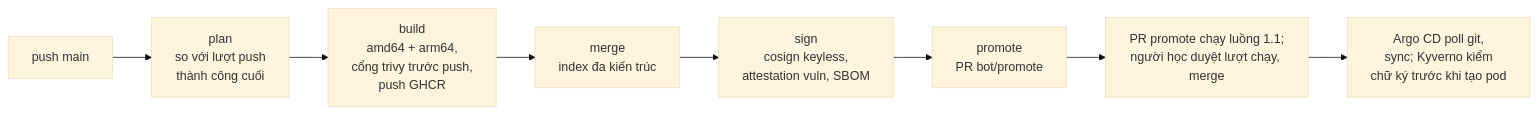
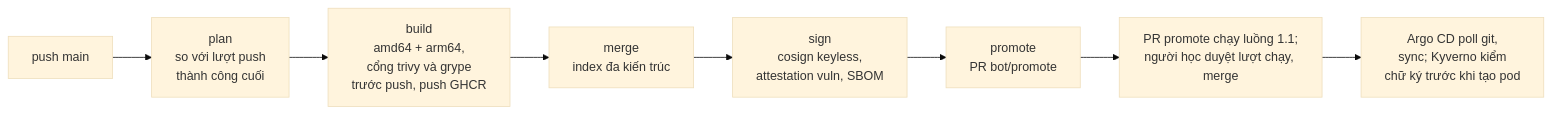
One commit to anhnvcoder/short-video-platform changed the second of 4 diagrams in docs/ci-cd.md. Above: the diagram before and after it, drawn with Mermaid (base theme). The commit also changed other lines of this file and 10 other files, not shown here.

````diff
--- a/docs/ci-cd.md
+++ b/docs/ci-cd.md
@@ -58,12 +64,12 @@
 ```mermaid
 flowchart LR
     push["push main"]
     plan["plan<br/>so với lượt push<br/>thành công cuối"]
-    build["build<br/>amd64 + arm64,<br/>cổng trivy trước push,<br/>push GHCR"]
+    build["build<br/>amd64 + arm64,<br/>cổng trivy và grype<br/>trước push, push GHCR"]
     merge["merge<br/>index đa kiến trúc"]
     sign["sign<br/>cosign keyless,<br/>attestation vuln, SBOM"]
     promote["promote<br/>PR bot/promote"]
     review["PR promote chạy luồng 1.1;<br/>người học duyệt lượt chạy, merge"]
     argo["Argo CD poll git,<br/>sync; Kyverno kiểm<br/>chữ ký trước khi tạo pod"]
     push --> plan --> build --> merge --> sign --> promote --> review --> argo
 ```
````
